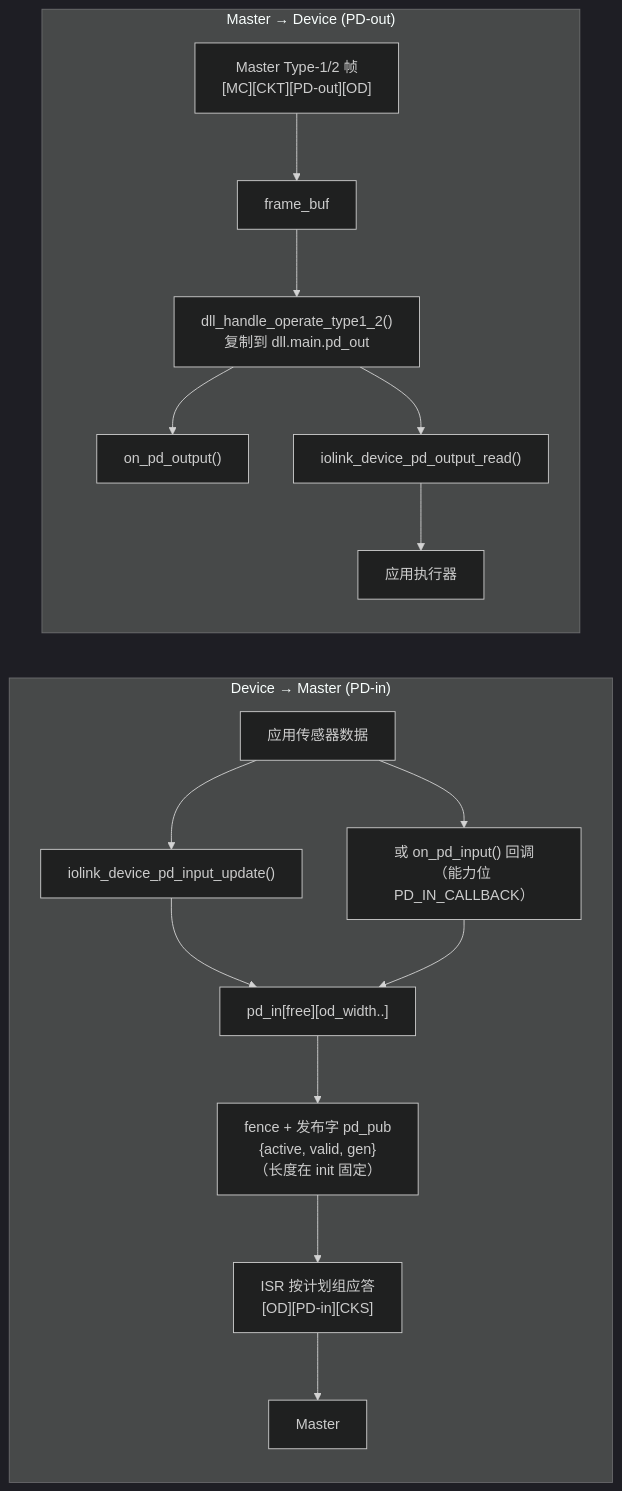
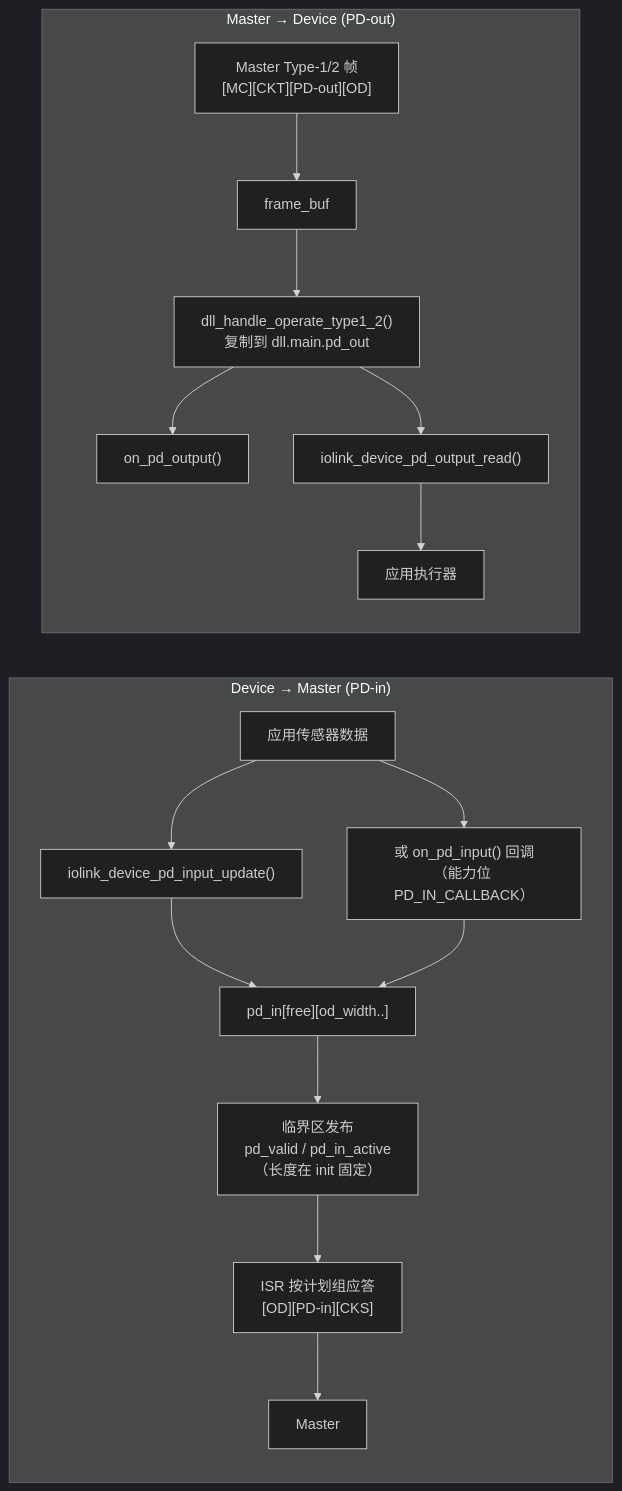
One commit to Adlyq/iolinki changed the eighth of 17 diagrams in docs/CODE_FLOW.md. Above: the diagram before and after it, drawn with Mermaid (dark theme). The commit also changed other lines of this file and 29 other files, not shown here.

````diff
--- a/docs/CODE_FLOW.md
+++ b/docs/CODE_FLOW.md
@@ -456,19 +456,19 @@
 ```mermaid
 flowchart LR
     subgraph IN["Device → Master (PD-in)"]
         A1["应用传感器数据"] --> A2["iolink_device_pd_input_update()"]
         A1 --> A3["或 on_pd_input() 回调<br/>（能力位 PD_IN_CALLBACK）"]
         A2 --> A4["pd_in[free][od_width..]"]
         A3 --> A4
-        A4 --> A5["fence + 发布字 pd_pub<br/>{active, valid, gen}<br/>（长度在 init 固定）"]
+        A4 --> A5["临界区发布<br/>pd_valid / pd_in_active<br/>（长度在 init 固定）"]
         A5 --> A6["ISR 按计划组应答<br/>[OD][PD-in][CKS]"]
         A6 --> A7["Master"]
     end
     subgraph OUT["Master → Device (PD-out)"]
         B1["Master Type-1/2 帧<br/>[MC][CKT][PD-out][OD]"] --> B2["frame_buf"]
         B2 --> B3["dll_handle_operate_type1_2()<br/>复制到 dll.main.pd_out"]
         B3 --> B4["on_pd_output()"]
         B3 --> B5["iolink_device_pd_output_read()"]
         B5 --> B6["应用执行器"]
     end
 ```
````
